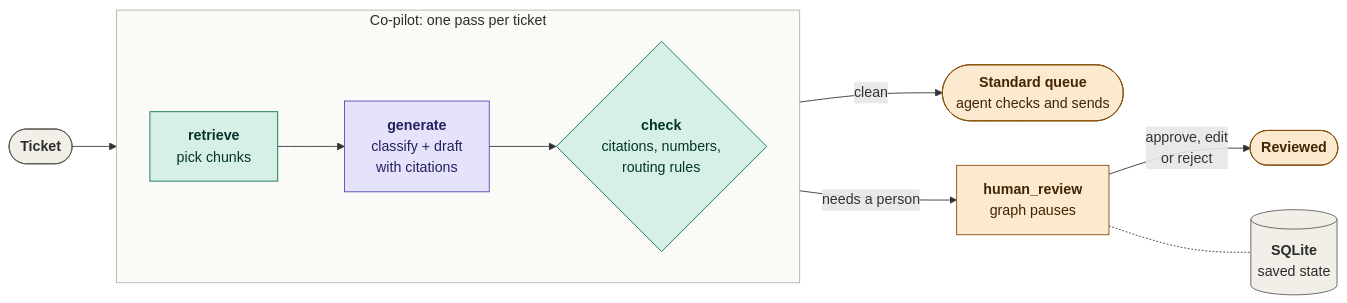
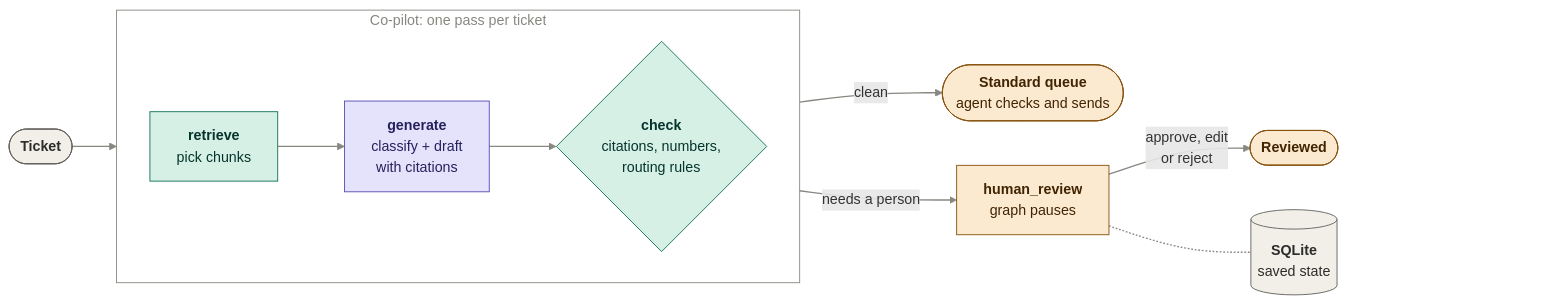
The diagram in README.md (dyachenkomark/valetax_task), drawn with Mermaid before and after one commit.

Commit message:
Make the diagram readable in dark theme

````diff
--- a/README.md
+++ b/README.md
@@ -39,25 +39,29 @@
 ```mermaid
 flowchart LR
     T(["<b>Ticket</b>"]) --> R
 
     subgraph CP["Co-pilot: one pass per ticket"]
         direction LR
         R["<b>retrieve</b><br/>pick chunks"] --> G["<b>generate</b><br/>classify + draft<br/>with citations"]
         G --> C{"<b>check</b><br/>citations, numbers,<br/>routing rules"}
     end
 
     C -- "clean" --> S(["<b>Standard queue</b><br/>agent checks and sends"])
     C -- "needs a person" --> H["<b>human_review</b><br/>graph pauses"]
     H -- "approve, edit<br/>or reject" --> D(["<b>Reviewed</b>"])
     H -.- DB[("<b>SQLite</b><br/>saved state")]
+    D ~~~ P1[" "] ~~~ P2[" "]
 
     classDef code fill:#d7f0e6,stroke:#0f6e56,color:#04342c
     classDef model fill:#e5e2fb,stroke:#534ab7,color:#26215c
     classDef person fill:#fbe9d0,stroke:#854f0b,color:#412402
     classDef plain fill:#f1efe8,stroke:#5f5e5a,color:#2c2c2a
     class R,C code
     class G model
     class S,H,D person
     class T,DB plain
-    style CP fill:#fafaf7,stroke:#b4b2a9,color:#2c2c2a
+    classDef ghost fill:none,stroke:none
+    class P1,P2 ghost
+    style CP fill:none,stroke:#888780,color:#888780
+    linkStyle 0,1,2,3,4,5,6 stroke:#888780,stroke-width:1.5px
 ```
````
